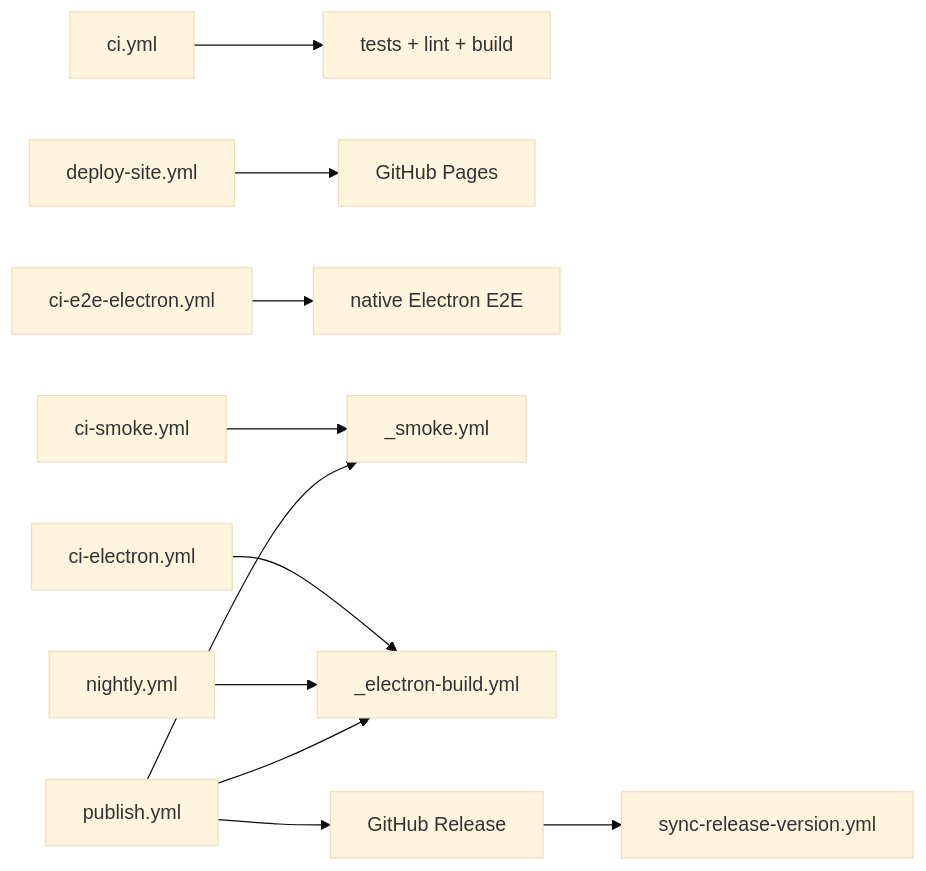
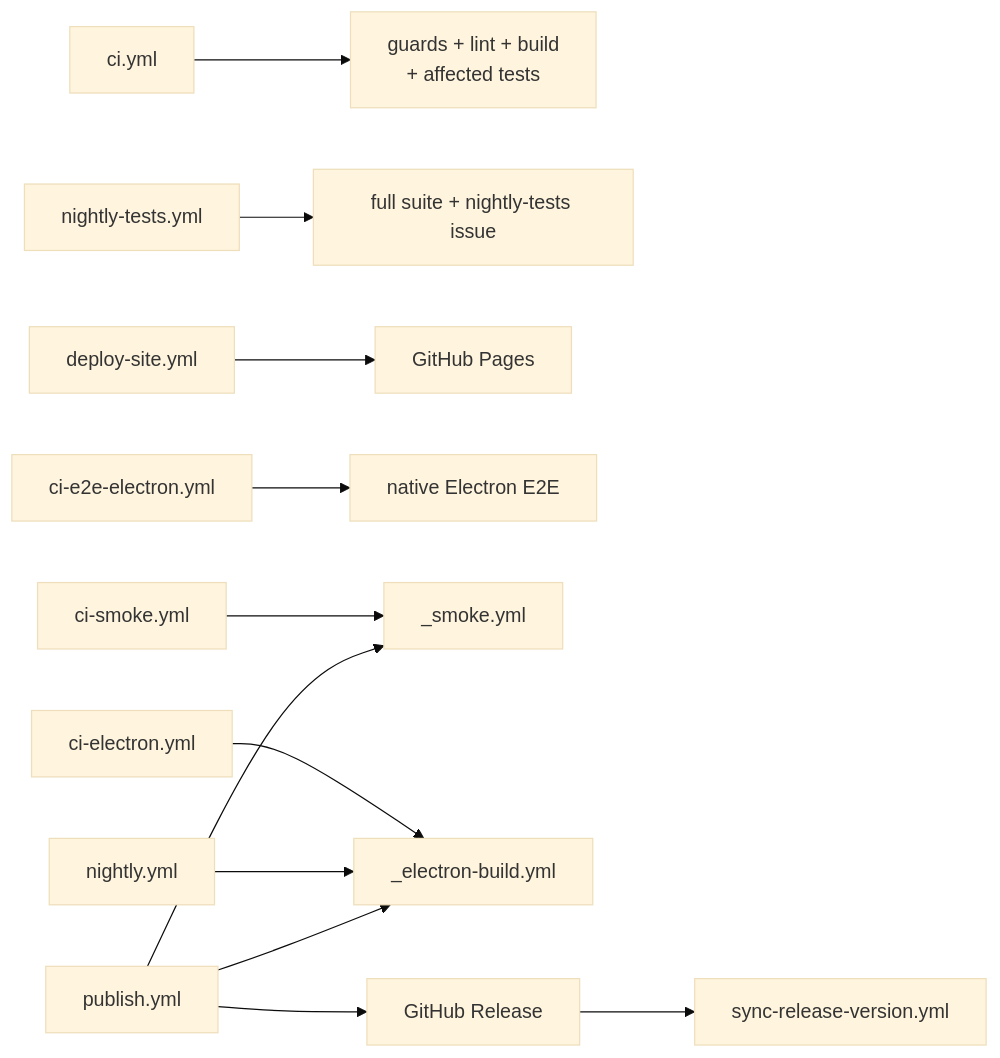
The first of 3 diagrams in .pi/skills/ci-troubleshoot/SKILL.md (BlackBeltTechnology/pi-agent-dashboard), drawn with Mermaid (base theme) before and after one commit. The commit also changed other lines of this file and 31 other files, not shown here.

First line of the commit message:
feat(ci): nightly-tests.yml full suite + report; selector job helpers; docs

````diff
--- a/.pi/skills/ci-troubleshoot/SKILL.md
+++ b/.pi/skills/ci-troubleshoot/SKILL.md
@@ -10,13 +10,14 @@
 ```mermaid
 flowchart LR
-  ci[ci.yml] --> checks[tests + lint + build]
+  ci[ci.yml] --> checks[guards + lint + build<br/>+ affected tests]
+  nightlyTests[nightly-tests.yml] --> full[full suite + nightly-tests issue]
   deploy[deploy-site.yml] --> pages[GitHub Pages]
   native[ci-e2e-electron.yml] --> nativeTests[native Electron E2E]
   ciSmoke[ci-smoke.yml] --> smoke[_smoke.yml]
   publish[publish.yml] --> smoke
   ciElectron[ci-electron.yml] --> electron[_electron-build.yml]
   nightly[nightly.yml] --> electron
   publish --> electron
   publish --> release[GitHub Release]
   release --> sync[sync-release-version.yml]
 ```
````
